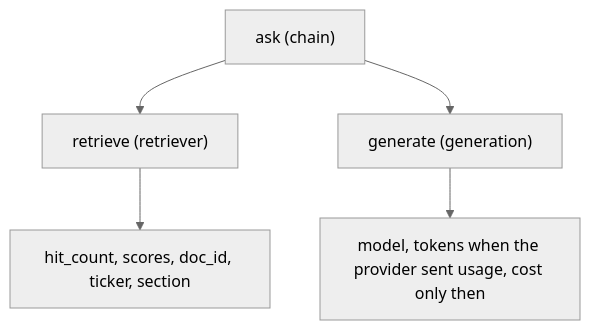
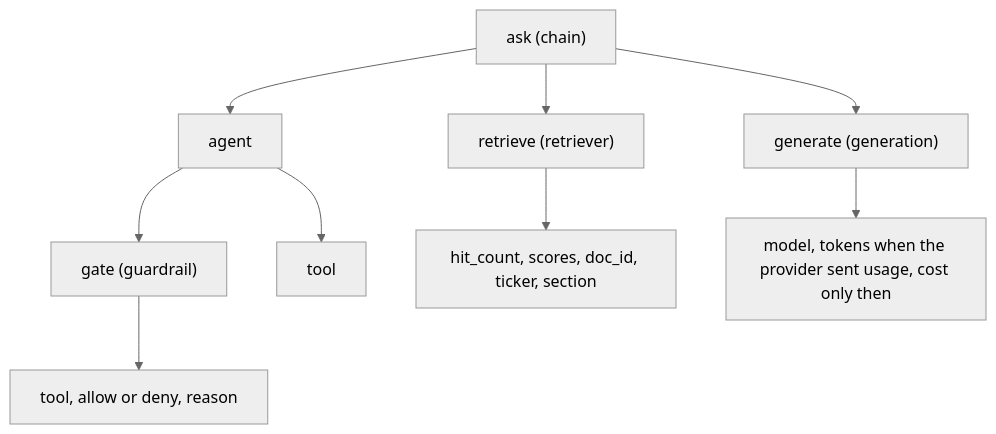
One commit to naveed949/capitalcite changed the second of 2 diagrams in README.md. Above: the diagram before and after it, drawn with Mermaid (neutral theme). The commit also changed other lines of this file and 9 other files, not shown here.

First line of the commit message:
feat(trace): record allow and deny on Gate.decide

````diff
--- a/README.md
+++ b/README.md
@@ -194,7 +194,11 @@
 ```mermaid
 flowchart TD
   ask["ask (chain)"] --> retrieve["retrieve (retriever)"]
   ask --> generate["generate (generation)"]
+  ask --> agent["agent"]
+  agent --> gate["gate (guardrail)"]
+  agent --> tool["tool"]
   retrieve --> hits["hit_count, scores, doc_id, ticker, section"]
   generate --> usage["model, tokens when the provider sent usage, cost only then"]
+  gate --> decision["tool, allow or deny, reason"]
 ```
````
